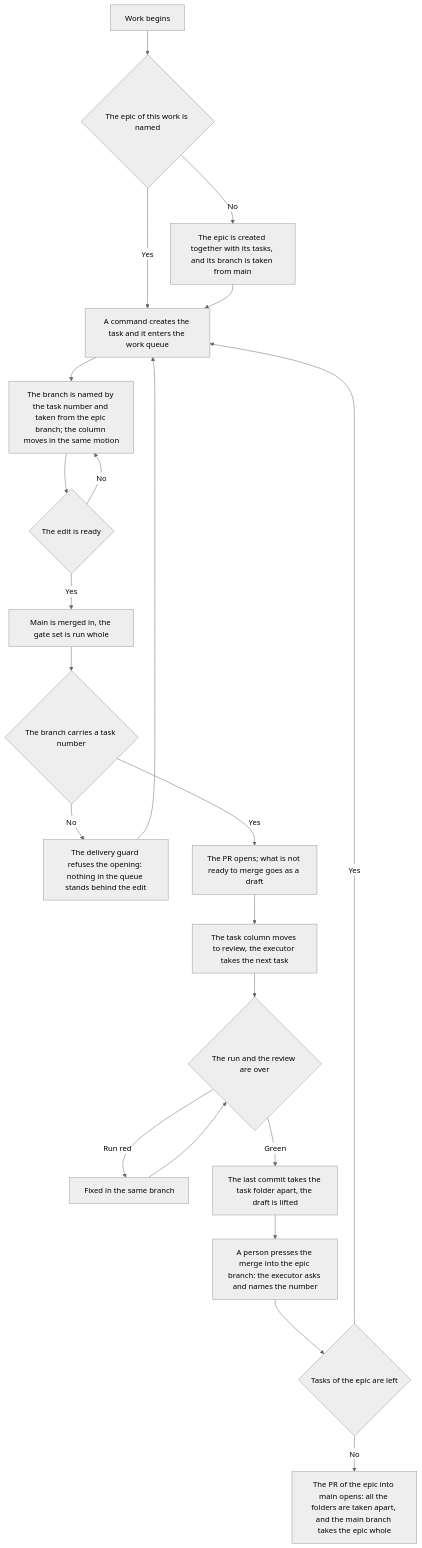
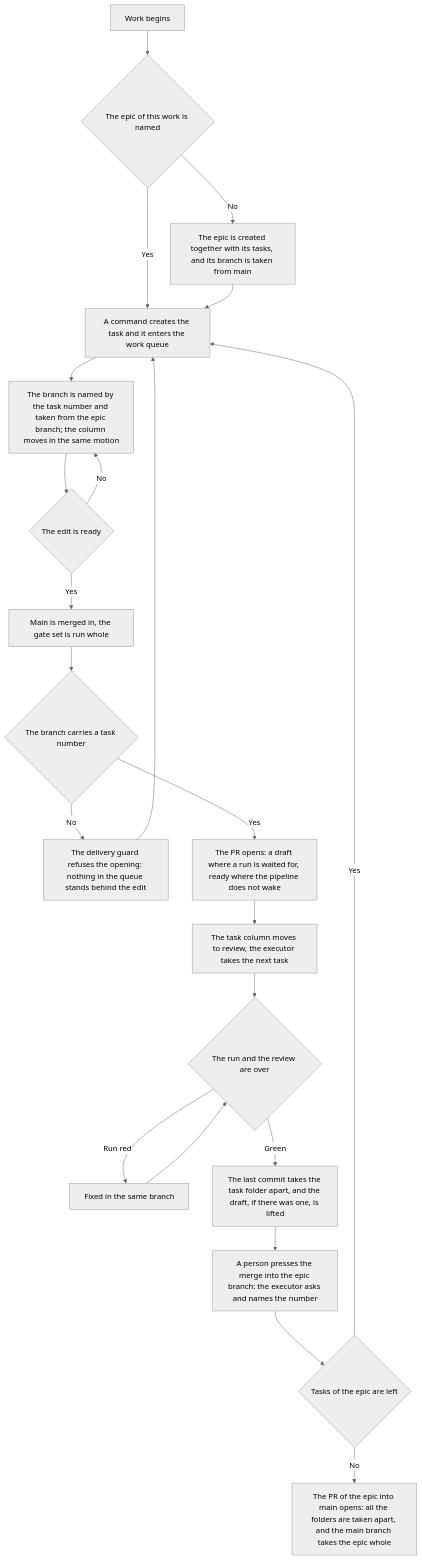
Before and after one commit to Eyhenij/rt-tools: the diagram in .claude/skills/git-workflow/SKILL.md, drawn with Mermaid (neutral theme). The commit also changed other lines of this file and 19 other files, not shown here.

````diff
--- a/.claude/skills/git-workflow/SKILL.md
+++ b/.claude/skills/git-workflow/SKILL.md
@@ -48,24 +48,24 @@
 ```mermaid
 flowchart TD
     A[Work begins] --> Z{The epic of this work is named}
     Z -->|No| Y[The epic is created together with its tasks, and its branch is taken from main]
     Z -->|Yes| B[A command creates the task and it enters the work queue]
     Y --> B
     B --> C[The branch is named by the task number and taken from the epic branch; the column moves in the same motion]
     C --> D{The edit is ready}
     D -->|No| C
     D -->|Yes| E[Main is merged in, the gate set is run whole]
     E --> F{The branch carries a task number}
     F -->|No| G[The delivery guard refuses the opening: nothing in the queue stands behind the edit]
-    F -->|Yes| H[The PR opens; what is not ready to merge goes as a draft]
+    F -->|Yes| H[The PR opens: a draft where a run is waited for, ready where the pipeline does not wake]
     H --> I[The task column moves to review, the executor takes the next task]
     I --> J{The run and the review are over}
     J -->|Run red| K[Fixed in the same branch]
     K --> J
-    J -->|Green| L[The last commit takes the task folder apart, the draft is lifted]
+    J -->|Green| L[The last commit takes the task folder apart, and the draft, if there was one, is lifted]
     L --> M[A person presses the merge into the epic branch: the executor asks and names the number]
     M --> N{Tasks of the epic are left}
     N -->|Yes| B
     N -->|No| O[The PR of the epic into main opens: all the folders are taken apart, and the main branch takes the epic whole]
     G --> B
 ```
````
